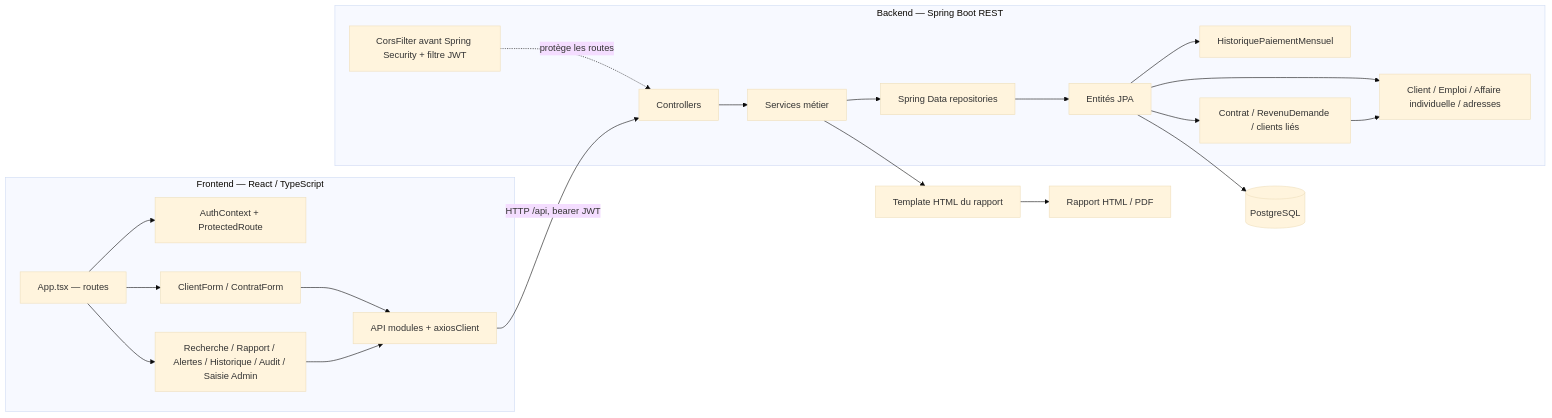
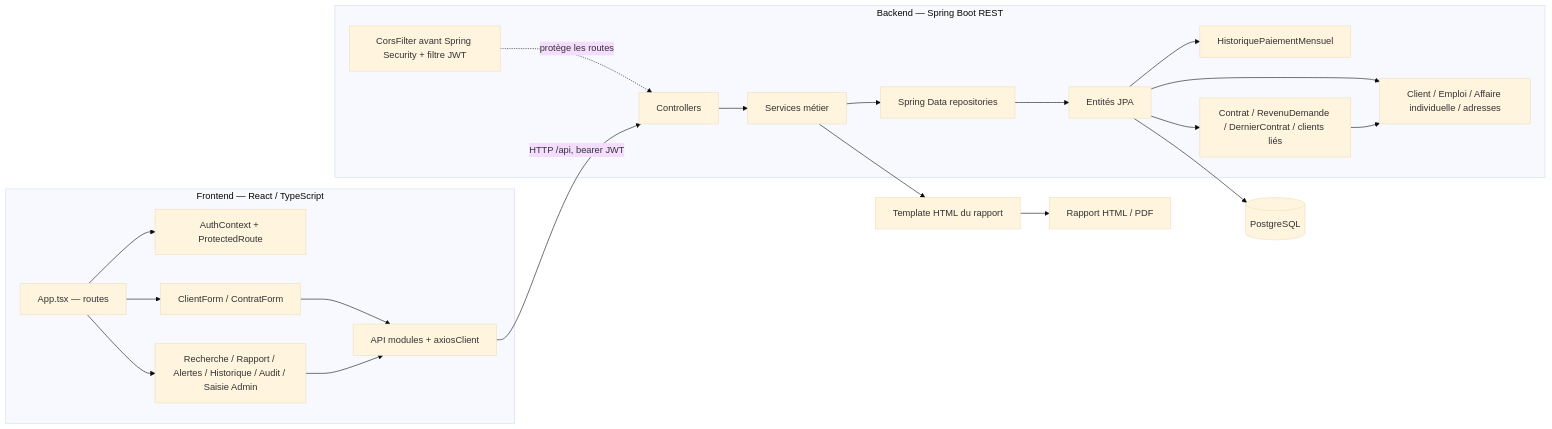
The diagram in docs/CODE_GRAPH.md (Tiavina-Ambinintsoa/Cecam-bic), drawn with Mermaid (base theme) before and after one commit. The commit also changed other lines of this file and 21 other files, not shown here.

````diff
--- a/docs/CODE_GRAPH.md
+++ b/docs/CODE_GRAPH.md
@@ -7,39 +7,39 @@
 ```mermaid
 flowchart LR
   subgraph UI[Frontend — React / TypeScript]
     App[App.tsx — routes]
     Auth[AuthContext + ProtectedRoute]
     Forms[ClientForm / ContratForm]
     Pages[Recherche / Rapport / Alertes / Historique / Audit / Saisie Admin]
     Api[API modules + axiosClient]
     App --> Auth
     App --> Forms
     App --> Pages
     Forms --> Api
     Pages --> Api
   end
 
   subgraph API[Backend — Spring Boot REST]
     Controllers[Controllers]
     Services[Services métier]
     Repositories[Spring Data repositories]
     Entities[Entités JPA]
     ClientData[Client / Emploi / Affaire individuelle / adresses]
     Monthly[HistoriquePaiementMensuel]
-    Finance[Contrat / RevenuDemande / clients liés]
+    Finance[Contrat / RevenuDemande / DernierContrat / clients liés]
     Security[CorsFilter avant Spring Security + filtre JWT]
     Controllers --> Services
     Services --> Repositories
     Repositories --> Entities
     Entities --> Monthly
     Entities --> ClientData
     Entities --> Finance
     Finance --> ClientData
     Security -. protège les routes .-> Controllers
   end
 
   Api -->|HTTP /api, bearer JWT| Controllers
   Entities --> DB[(PostgreSQL)]
   Services --> Template[Template HTML du rapport]
   Template --> PDF[Rapport HTML / PDF]
 ```
````
